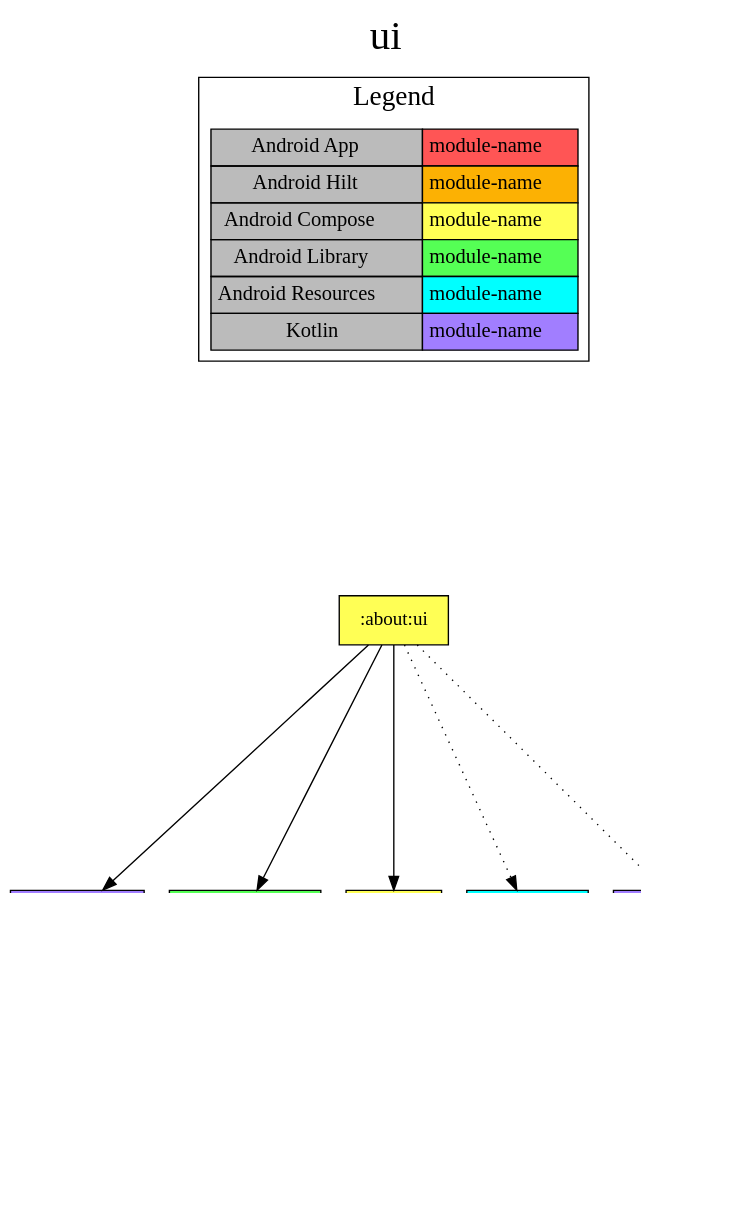
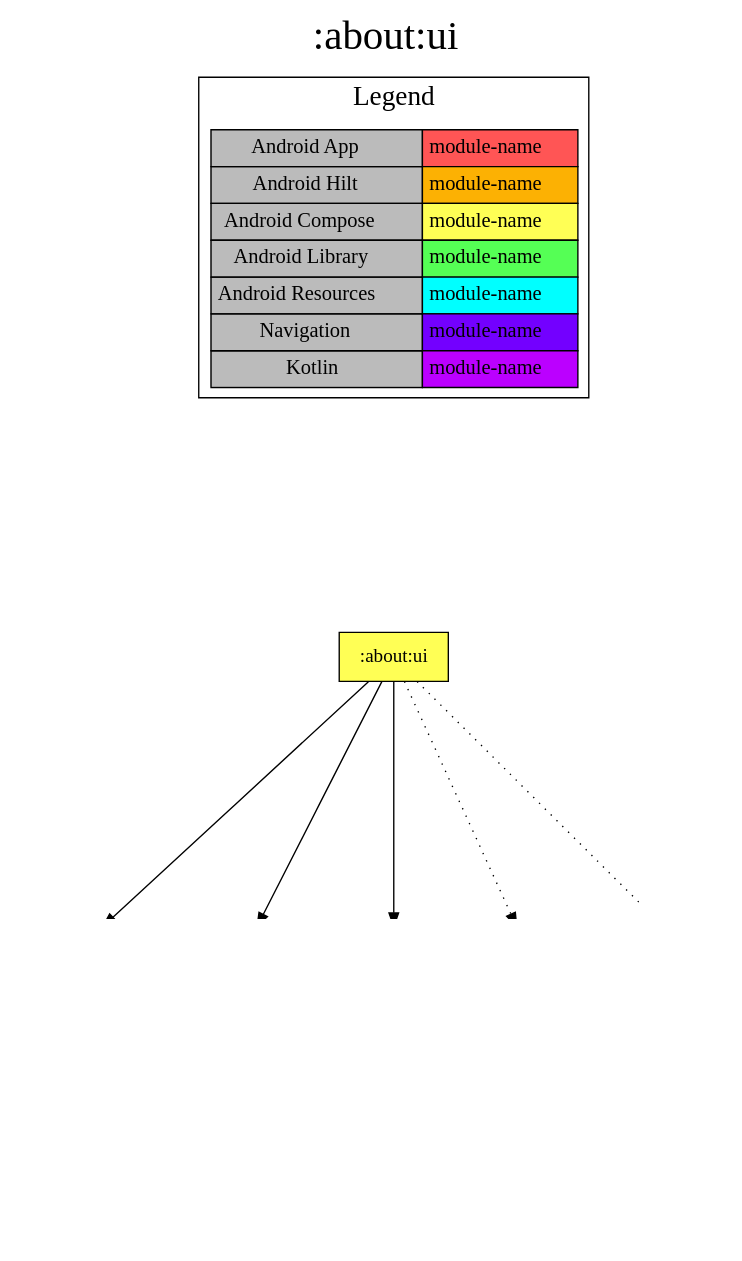
The diagram in modules/about/ui/project-dependency-graph.dot (jonapoul/nasa-android), drawn with Graphviz before and after one commit. The commit also changed 162 other files, not shown here.

```diff
--- a/modules/about/ui/project-dependency-graph.dot
+++ b/modules/about/ui/project-dependency-graph.dot
@@ -1,39 +1,40 @@
 digraph {
 edge ["dir"="forward"]
-graph ["dpi"="100","label"="ui","labelloc"="t","fontsize"="30","ranksep"="2.5","rankdir"="TB"]
+graph ["dpi"="100","label"=":about:ui","labelloc"="t","fontsize"="30","ranksep"="2.5","rankdir"="TB"]
 node ["style"="filled"]
 ":about:ui" ["fillcolor"="#FFFF55","shape"="box"]
-":about:data" ["fillcolor"="#A17EFF","shape"="box"]
+":about:data" ["fillcolor"="#BB00FF","shape"="box"]
 ":core:android" ["fillcolor"="#55FF55","shape"="box"]
-":core:model" ["fillcolor"="#A17EFF","shape"="box"]
+":core:model" ["fillcolor"="#BB00FF","shape"="box"]
 ":core:ui" ["fillcolor"="#FFFF55","shape"="box"]
 ":core:res" ["fillcolor"="#00FFFF","shape"="box"]
 ":about:res" ["fillcolor"="#00FFFF","shape"="box"]
-":licenses:nav" ["fillcolor"="#A17EFF","shape"="box"]
+":licenses:nav" ["fillcolor"="#7300FF","shape"="box"]
 {
 edge ["dir"="none"]
 graph ["rank"="same"]
 }
 ":about:ui" -> ":about:data"
 ":about:ui" -> ":core:android"
 ":about:ui" -> ":core:ui"
 ":about:ui" -> ":about:res" ["style"="dotted"]
 ":about:ui" -> ":licenses:nav" ["style"="dotted"]
 ":core:android" -> ":core:model"
 ":core:ui" -> ":core:model"
 ":core:ui" -> ":core:res"
 subgraph "cluster_legend" {
 edge ["dir"="none"]
 graph ["label"="Legend","fontsize"="20"]
 "Legend" ["style"="filled","fillcolor"="#bbbbbb","shape"="none","margin"="0","fontsize"="15","label"=<
 <TABLE BORDER="0" CELLBORDER="1" CELLSPACING="0" CELLPADDING="4">
 <TR><TD>Android App</TD><TD BGCOLOR="#FF5555">module-name</TD></TR>
 <TR><TD>Android Hilt</TD><TD BGCOLOR="#FCB103">module-name</TD></TR>
 <TR><TD>Android Compose</TD><TD BGCOLOR="#FFFF55">module-name</TD></TR>
 <TR><TD>Android Library</TD><TD BGCOLOR="#55FF55">module-name</TD></TR>
 <TR><TD>Android Resources</TD><TD BGCOLOR="#00FFFF">module-name</TD></TR>
-<TR><TD>Kotlin</TD><TD BGCOLOR="#A17EFF">module-name</TD></TR>
+<TR><TD>Navigation</TD><TD BGCOLOR="#7300FF">module-name</TD></TR>
+<TR><TD>Kotlin</TD><TD BGCOLOR="#BB00FF">module-name</TD></TR>
 </TABLE>
 >]
 } -> ":about:ui" ["style"="invis"]
 }
```
